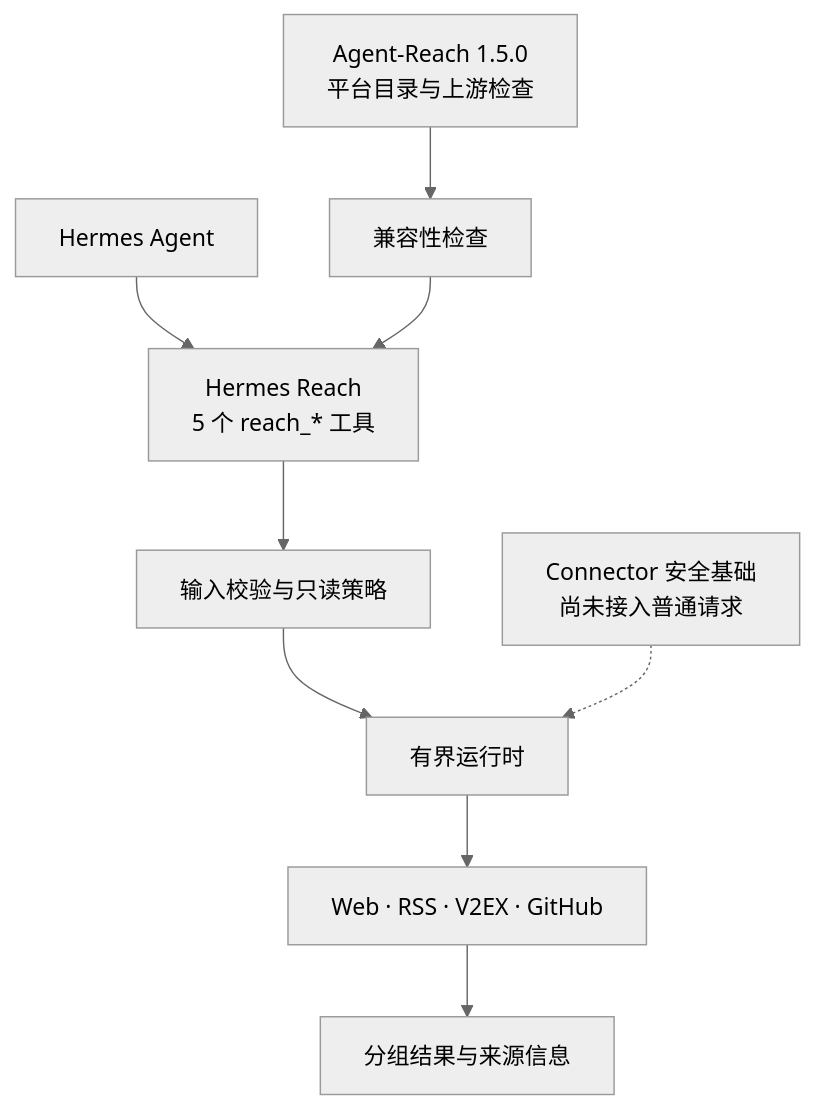
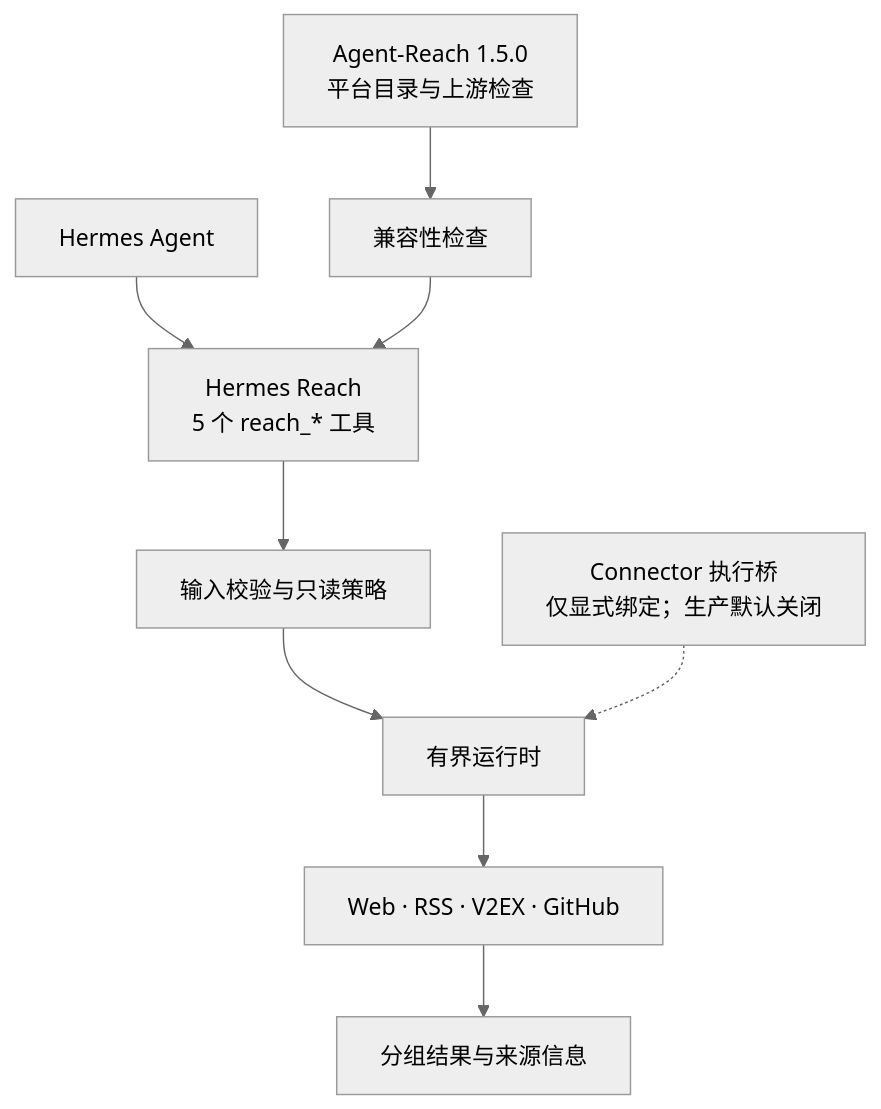
Before and after one commit to izumi0uu/hermes-reach: the first of 2 diagrams in README.md, drawn with Mermaid (neutral theme). The commit also changed other lines of this file and 2 other files, not shown here.

Commit message:
docs(connector): clarify explicit execution bridge

````diff
--- a/README.md
+++ b/README.md
@@ -120,11 +120,11 @@
 ```mermaid
 flowchart TD
     Hermes["Hermes Agent"] --> Plugin["Hermes Reach<br/>5 个 reach_* 工具"]
     Upstream["Agent-Reach 1.5.0<br/>平台目录与上游检查"] --> Bridge["兼容性检查"]
     Bridge --> Plugin
     Plugin --> Guard["输入校验与只读策略"]
     Guard --> Runtime["有界运行时"]
     Runtime --> Adapters["Web · RSS · V2EX · GitHub"]
     Adapters --> Results["分组结果与来源信息"]
-    Connector["Connector 安全基础<br/>尚未接入普通请求"] -.-> Runtime
+    Connector["Connector 执行桥<br/>仅显式绑定；生产默认关闭"] -.-> Runtime
 ```
````
